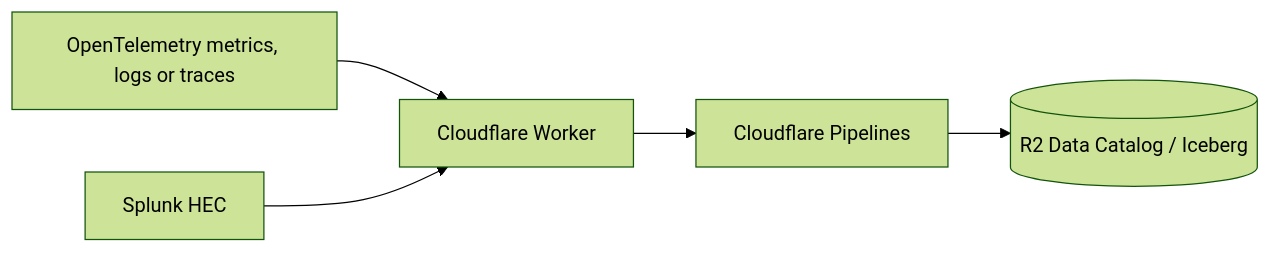
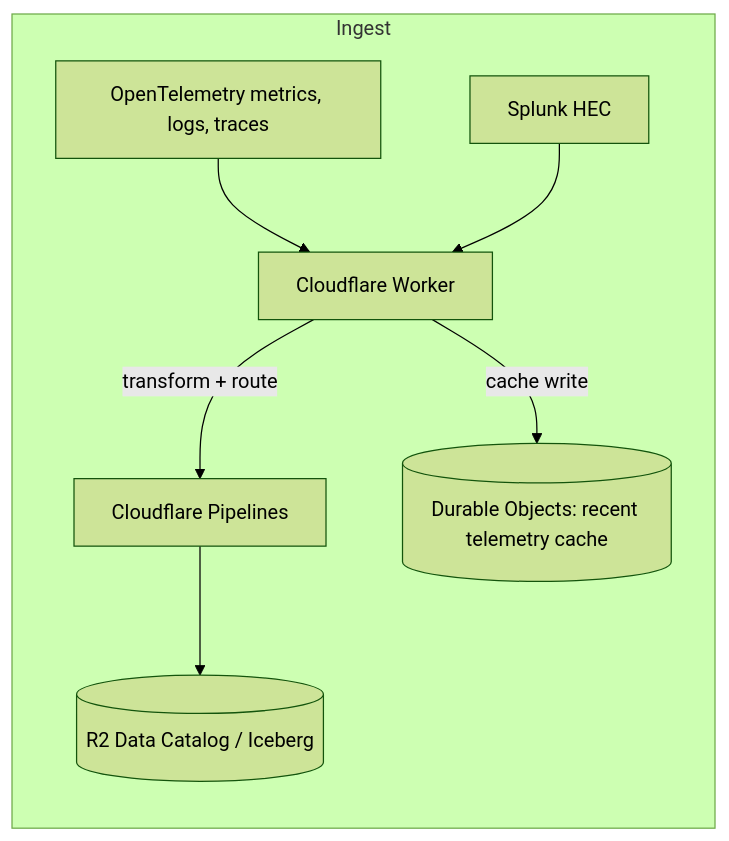
Before and after one commit to smithclay/otlp2pipeline: the diagram in README.md, drawn with Mermaid (forest theme). The commit also changed 1 other file, not shown here.

Commit message:
test: add gauge and sum metric Parquet conversion tests
Extends hot cache tests to cover all 4 signal types:
- logs (existing)
- traces (existing)
- gauge (new)
- sum (new)

🤖 Generated with [Claude Code](https://claude.com/claude-code)

````diff
--- a/README.md
+++ b/README.md
@@ -7,6 +7,10 @@
 ```mermaid
 flowchart LR
-    OTLP[OpenTelemetry metrics, logs or traces] --> Worker[Cloudflare Worker]
-    HEC[Splunk HEC] --> Worker
-    Worker --> Pipelines[Cloudflare Pipelines] --> R2[(R2 Data Catalog / Iceberg)]
+    subgraph Ingest["Ingest"]
+        OTLP[OpenTelemetry metrics, logs, traces] --> W[Cloudflare Worker]
+        HEC[Splunk HEC] --> W
+        W -->|transform + route| P[Cloudflare Pipelines]
+        P --> R2[(R2 Data Catalog / Iceberg)]
+        W -->|cache write| DO[("Durable Objects: recent telemetry cache")]
+    end
 ```
````
